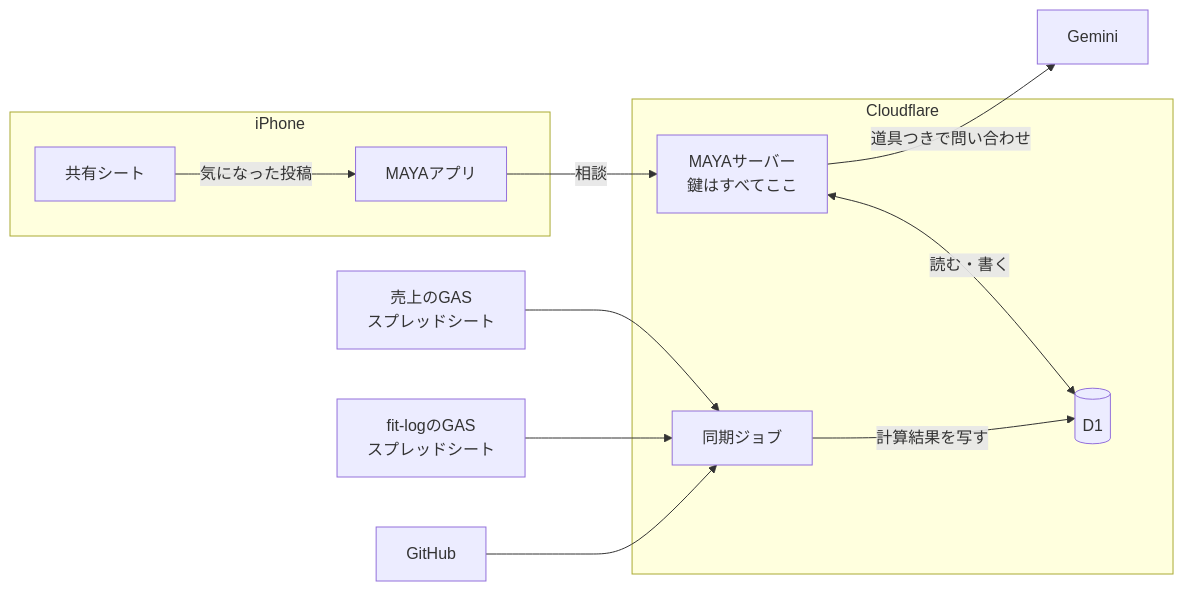
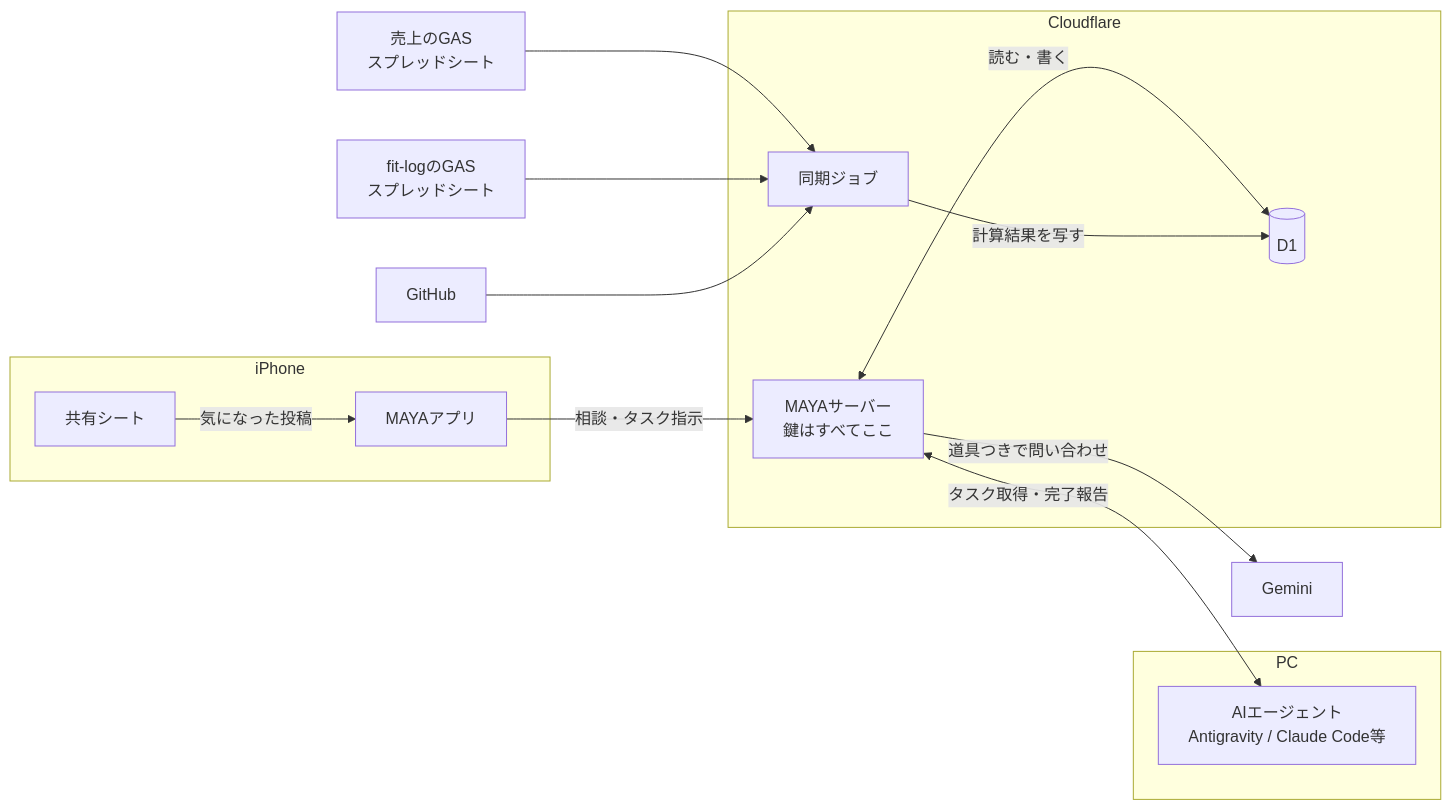
The first of 3 diagrams in docs/PLATFORM_ARCHITECTURE.md (koji330-coder/maya-executive-partner), drawn with Mermaid before and after one commit. The commit also changed other lines of this file and 2 other files, not shown here.

Commit message:
docs: MAYAからAIエージェントへのタスク受け渡し箱（agent_inbox）構想を追記

````diff
--- a/docs/PLATFORM_ARCHITECTURE.md
+++ b/docs/PLATFORM_ARCHITECTURE.md
@@ -23,27 +23,32 @@
 ```mermaid
 flowchart LR
   subgraph iPhone
     App[MAYAアプリ]
     Share[共有シート]
   end
 
   subgraph Cloudflare
     Worker[MAYAサーバー<br/>鍵はすべてここ]
     D1[(D1)]
     Cron[同期ジョブ]
   end
 
+  subgraph PC
+    Agent[AIエージェント<br/>Antigravity / Claude Code等]
+  end
+
   Gemini[Gemini]
   SalesGAS[売上のGAS<br/>スプレッドシート]
   FitGAS[fit-logのGAS<br/>スプレッドシート]
   GitHub[GitHub]
 
-  App -->|相談| Worker
+  App -->|相談・タスク指示| Worker
   Share -->|気になった投稿| App
   Worker -->|道具つきで問い合わせ| Gemini
   Worker <-->|読む・書く| D1
   Cron -->|計算結果を写す| D1
   SalesGAS --> Cron
   FitGAS --> Cron
   GitHub --> Cron
+  Worker <-->|タスク取得・完了報告| Agent
 ```
````
